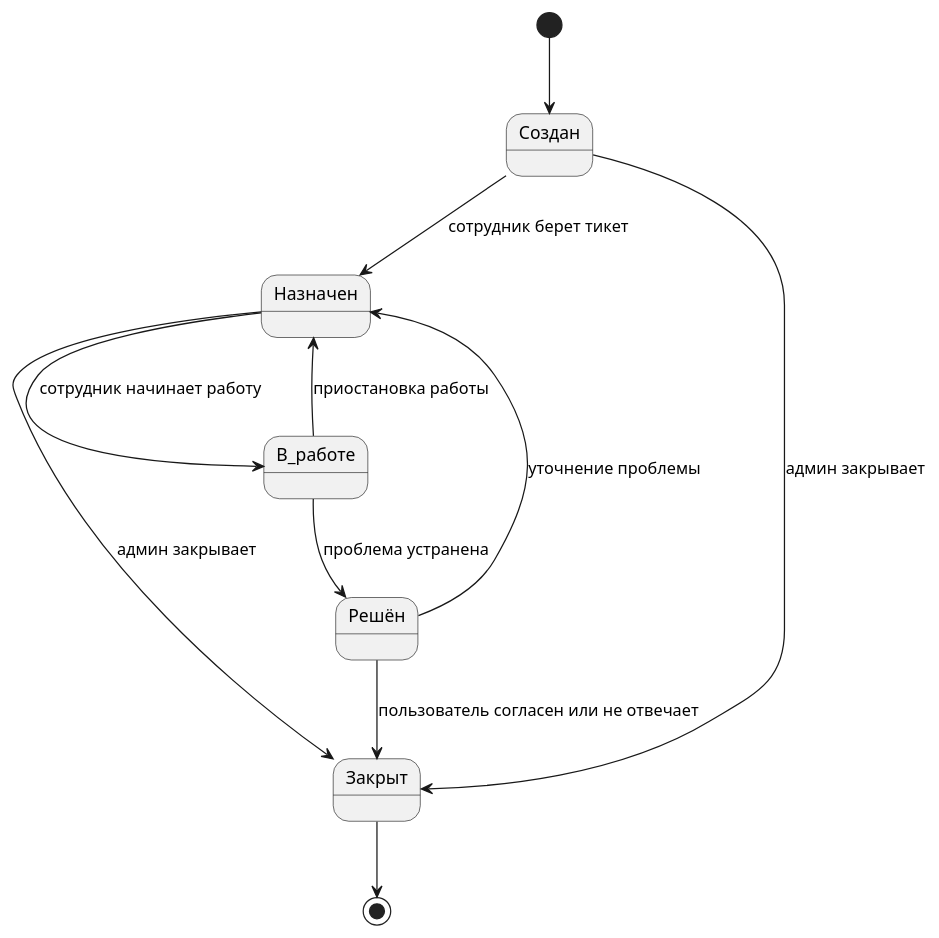
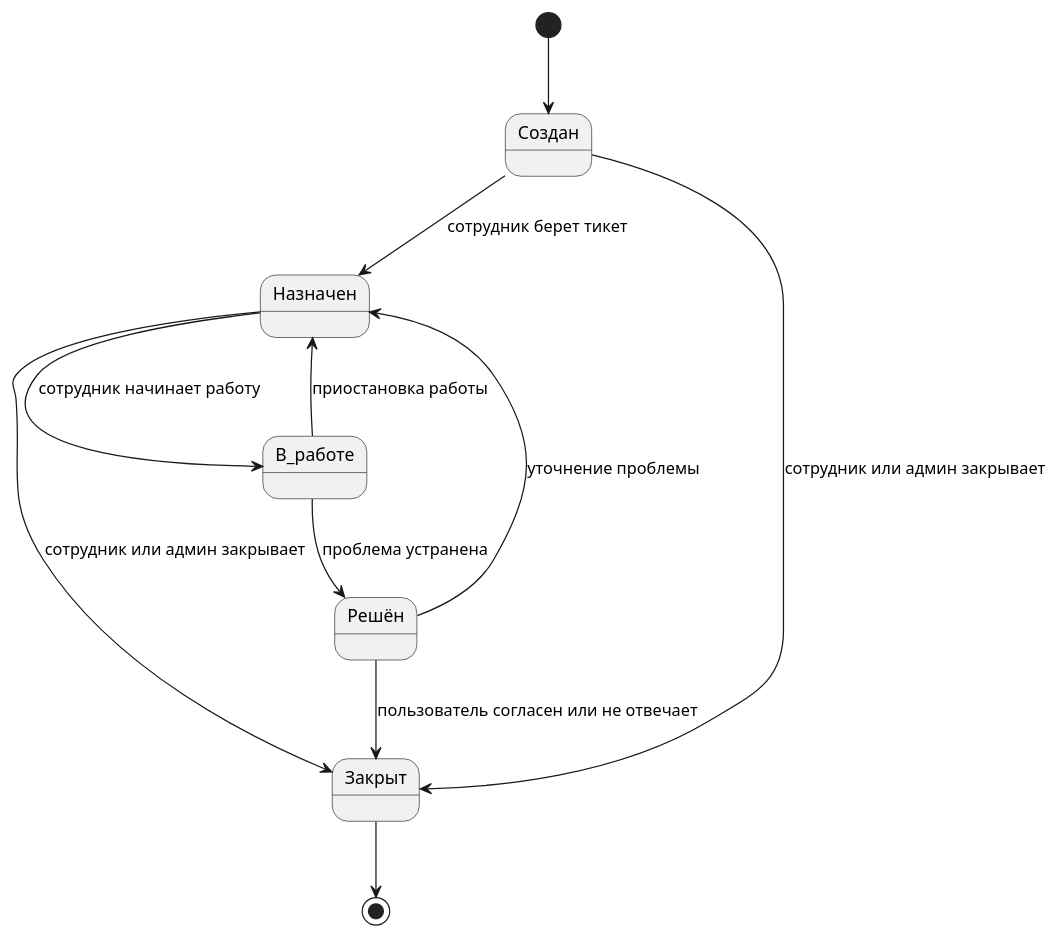
Before and after one commit to Development-Team-4/Documentation: the diagram in TicketLifecycle.puml, drawn with PlantUML.

Commit message:
Updated transitions

```diff
--- a/TicketLifecycle.puml
+++ b/TicketLifecycle.puml
@@ -1,19 +1,19 @@
 @startuml
 
 [*] --> Создан
 
 Создан --> Назначен : сотрудник берет тикет
-Создан --> Закрыт : админ закрывает
+Создан --> Закрыт : сотрудник или админ закрывает
 
 Назначен --> В_работе : сотрудник начинает работу
-Назначен --> Закрыт : админ закрывает
+Назначен --> Закрыт : сотрудник или админ закрывает
 
 В_работе --> Решён : проблема устранена
 В_работе --> Назначен : приостановка работы
 
 Решён --> Закрыт : пользователь согласен или не отвечает
 Решён --> Назначен : уточнение проблемы
 
 Закрыт --> [*]
 
 @enduml
```
